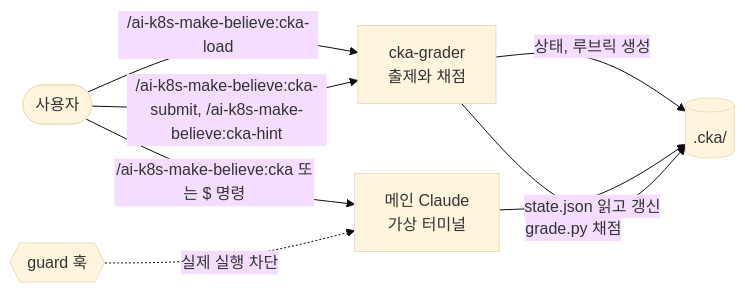
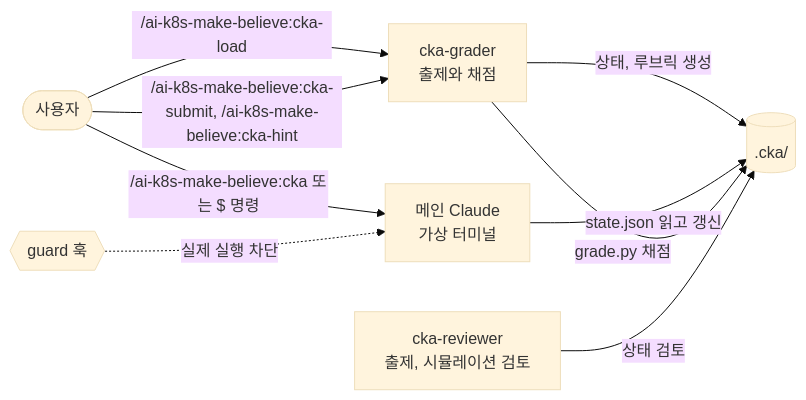
One commit to jhwanchoi/ai-k8s-make-believe changed the diagram in README.md. Above: the diagram before and after it, drawn with Mermaid (base theme). The commit also changed other lines of this file and 141 other files, not shown here.

````diff
--- a/README.md
+++ b/README.md
@@ -78,10 +80,11 @@
 ```mermaid
 flowchart LR
   U([사용자]) -- "/ai-k8s-make-believe:cka-load" --> G[cka-grader<br/>출제와 채점]
   G -- "상태, 루브릭 생성" --> F[(".cka/")]
   U -- "/ai-k8s-make-believe:cka 또는 $ 명령" --> M[메인 Claude<br/>가상 터미널]
   M -- "state.json 읽고 갱신" --> F
   U -- "/ai-k8s-make-believe:cka-submit, /ai-k8s-make-believe:cka-hint" --> G
   G -- "grade.py 채점" --> F
+  R[cka-reviewer<br/>출제, 시뮬레이션 검토] -- "상태 검토" --> F
   K{{guard 훅}} -. "실제 실행 차단" .-> M
 ```
````
